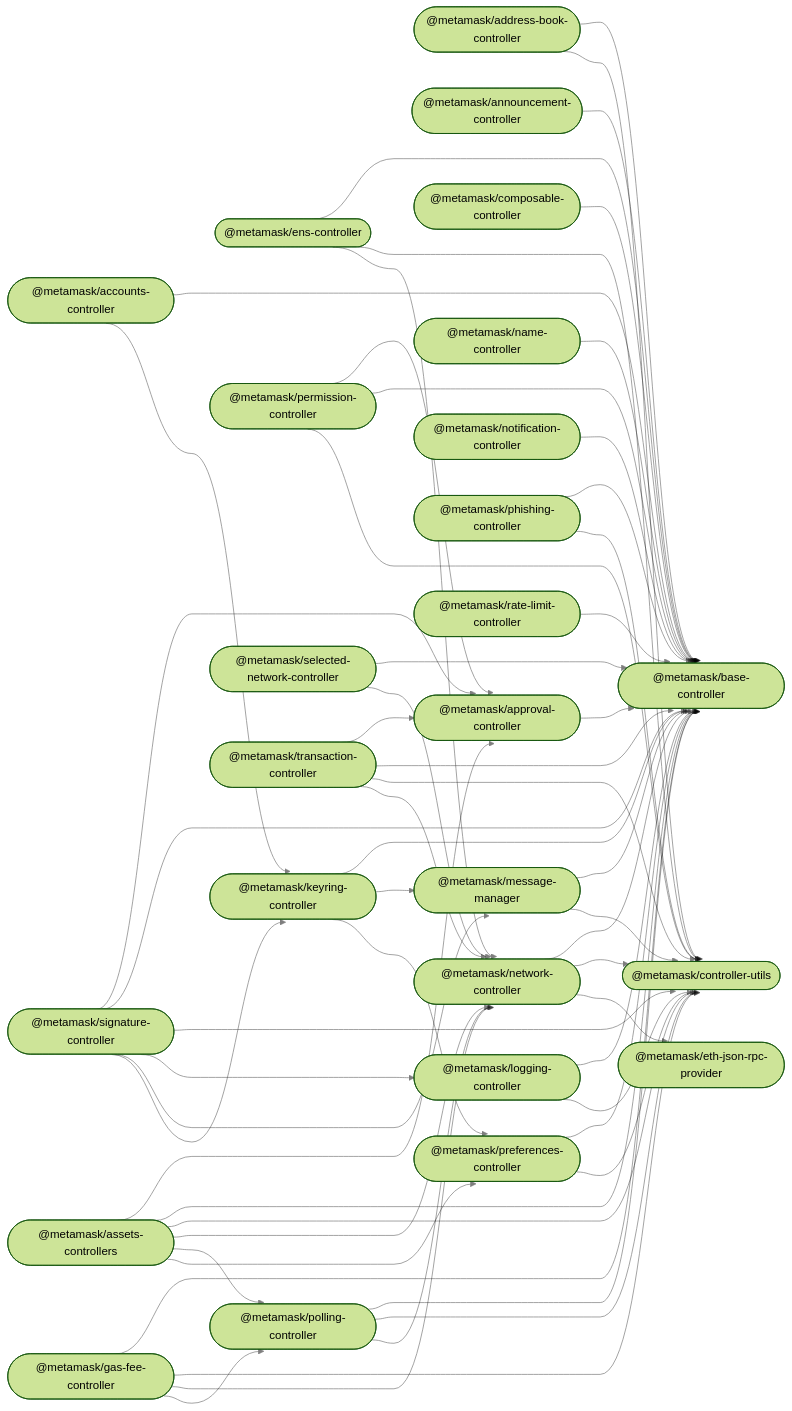
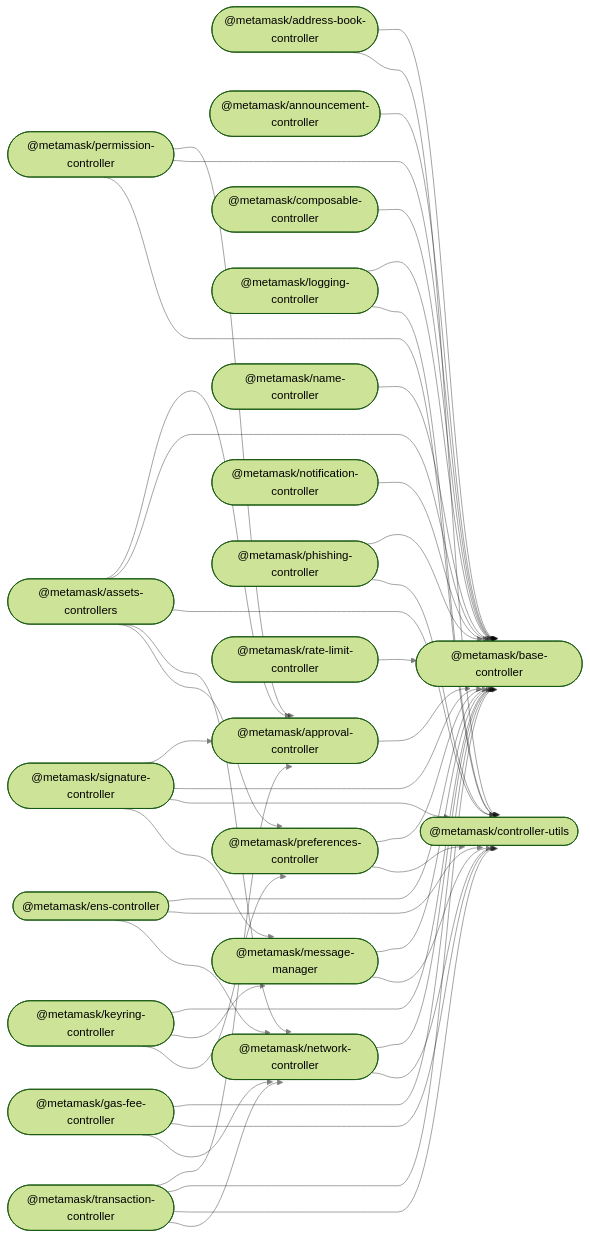
Before and after one commit to MetaMask/core: the diagram in README.md, drawn with Mermaid (forest theme). The commit also changed other lines of this file and 250 other files, not shown here.

```diff
--- a/README.md
+++ b/README.md
@@ -40,7 +35,6 @@
 %%{ init: { 'flowchart': { 'curve': 'bumpX' } } }%%
 graph LR;
 linkStyle default opacity:0.5
-  accounts_controller(["@metamask/accounts-controller"]);
   address_book_controller(["@metamask/address-book-controller"]);
   announcement_controller(["@metamask/announcement-controller"]);
   approval_controller(["@metamask/approval-controller"]);
@@ -49,7 +43,6 @@
   composable_controller(["@metamask/composable-controller"]);
   controller_utils(["@metamask/controller-utils"]);
   ens_controller(["@metamask/ens-controller"]);
-  eth_json_rpc_provider(["@metamask/eth-json-rpc-provider"]);
   gas_fee_controller(["@metamask/gas-fee-controller"]);
   keyring_controller(["@metamask/keyring-controller"]);
   logging_controller(["@metamask/logging-controller"]);
@@ -59,14 +52,10 @@
   notification_controller(["@metamask/notification-controller"]);
   permission_controller(["@metamask/permission-controller"]);
   phishing_controller(["@metamask/phishing-controller"]);
-  polling_controller(["@metamask/polling-controller"]);
   preferences_controller(["@metamask/preferences-controller"]);
   rate_limit_controller(["@metamask/rate-limit-controller"]);
-  selected_network_controller(["@metamask/selected-network-controller"]);
   signature_controller(["@metamask/signature-controller"]);
   transaction_controller(["@metamask/transaction-controller"]);
-  accounts_controller --> base_controller;
-  accounts_controller --> keyring_controller;
   address_book_controller --> base_controller;
   address_book_controller --> controller_utils;
   announcement_controller --> base_controller;
@@ -75,7 +64,6 @@
   assets_controllers --> base_controller;
   assets_controllers --> controller_utils;
   assets_controllers --> network_controller;
-  assets_controllers --> polling_controller;
   assets_controllers --> preferences_controller;
   composable_controller --> base_controller;
   ens_controller --> base_controller;
@@ -84,7 +72,6 @@
   gas_fee_controller --> base_controller;
   gas_fee_controller --> controller_utils;
   gas_fee_controller --> network_controller;
-  gas_fee_controller --> polling_controller;
   keyring_controller --> base_controller;
   keyring_controller --> message_manager;
   keyring_controller --> preferences_controller;
@@ -95,27 +82,19 @@
   name_controller --> base_controller;
   network_controller --> base_controller;
   network_controller --> controller_utils;
-  network_controller --> eth_json_rpc_provider;
   notification_controller --> base_controller;
   permission_controller --> approval_controller;
   permission_controller --> base_controller;
   permission_controller --> controller_utils;
   phishing_controller --> base_controller;
   phishing_controller --> controller_utils;
-  polling_controller --> base_controller;
-  polling_controller --> controller_utils;
-  polling_controller --> network_controller;
   preferences_controller --> base_controller;
   preferences_controller --> controller_utils;
   rate_limit_controller --> base_controller;
-  selected_network_controller --> base_controller;
-  selected_network_controller --> network_controller;
   signature_controller --> approval_controller;
   signature_controller --> base_controller;
   signature_controller --> controller_utils;
-  signature_controller --> logging_controller;
   signature_controller --> message_manager;
-  signature_controller --> keyring_controller;
   transaction_controller --> approval_controller;
   transaction_controller --> base_controller;
   transaction_controller --> controller_utils;
```
